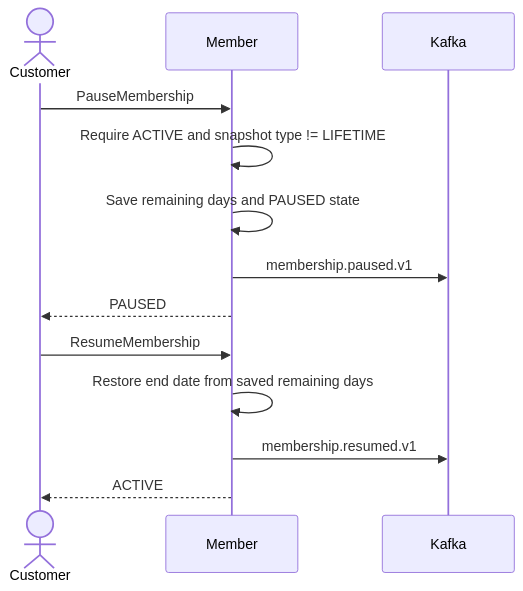
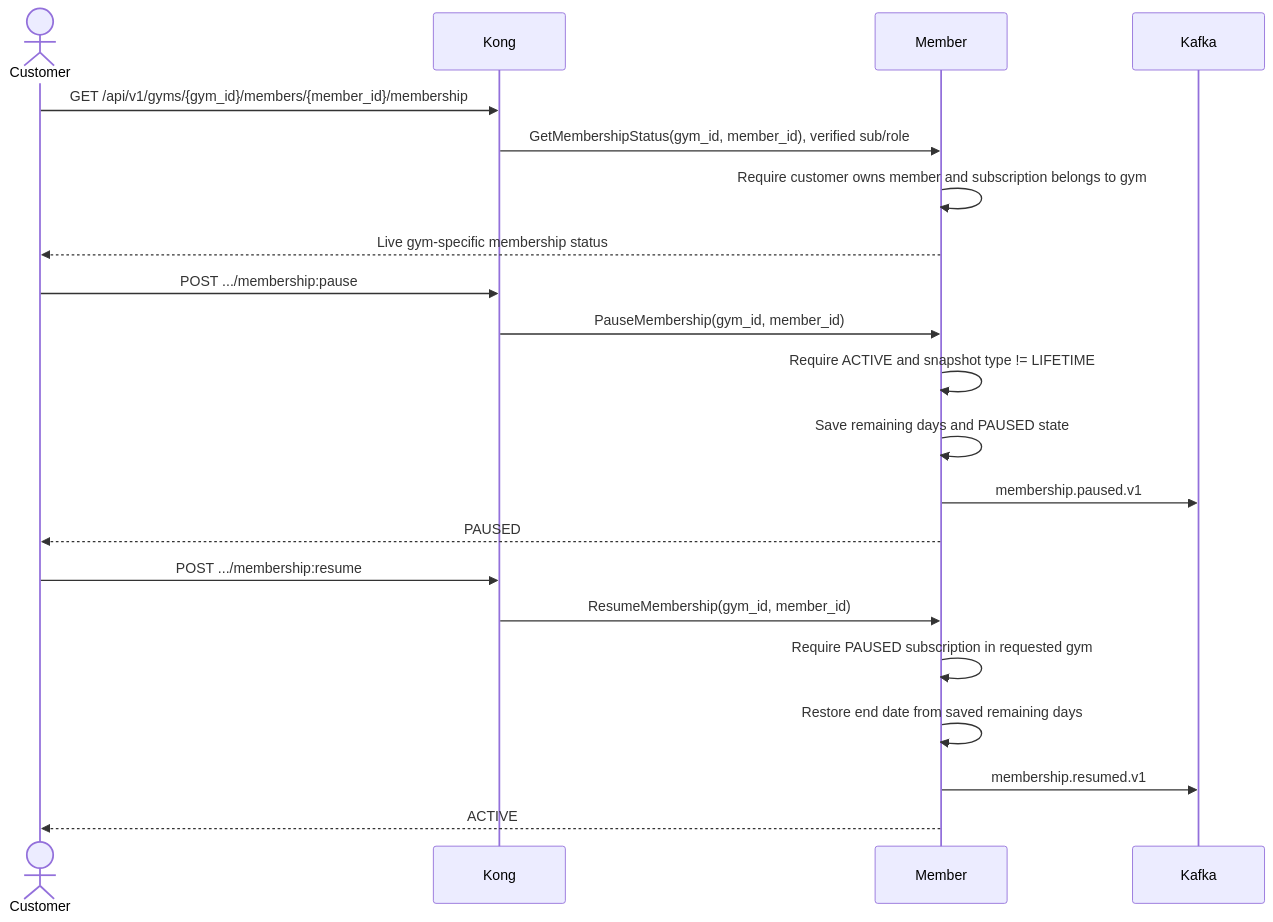
Before and after one commit to pploc/gym-architect: the third of 5 diagrams in flows/01-business-flows.md, drawn with Mermaid. The commit also changed other lines of this file and 23 other files, not shown here.

````diff
--- a/flows/01-business-flows.md
+++ b/flows/01-business-flows.md
@@ -133,17 +101,26 @@
 ```mermaid
 sequenceDiagram
     actor C as Customer
+    participant K as Kong
     participant MB as Member
     participant KF as Kafka
 
-    C->>MB: PauseMembership
+    C->>K: GET /api/v1/gyms/{gym_id}/members/{member_id}/membership
+    K->>MB: GetMembershipStatus(gym_id, member_id), verified sub/role
+    MB->>MB: Require customer owns member and subscription belongs to gym
+    MB-->>C: Live gym-specific membership status
+
+    C->>K: POST .../membership:pause
+    K->>MB: PauseMembership(gym_id, member_id)
     MB->>MB: Require ACTIVE and snapshot type != LIFETIME
     MB->>MB: Save remaining days and PAUSED state
     MB->>KF: membership.paused.v1
     MB-->>C: PAUSED
 
-    C->>MB: ResumeMembership
+    C->>K: POST .../membership:resume
+    K->>MB: ResumeMembership(gym_id, member_id)
+    MB->>MB: Require PAUSED subscription in requested gym
     MB->>MB: Restore end date from saved remaining days
     MB->>KF: membership.resumed.v1
     MB-->>C: ACTIVE
 ```
````
